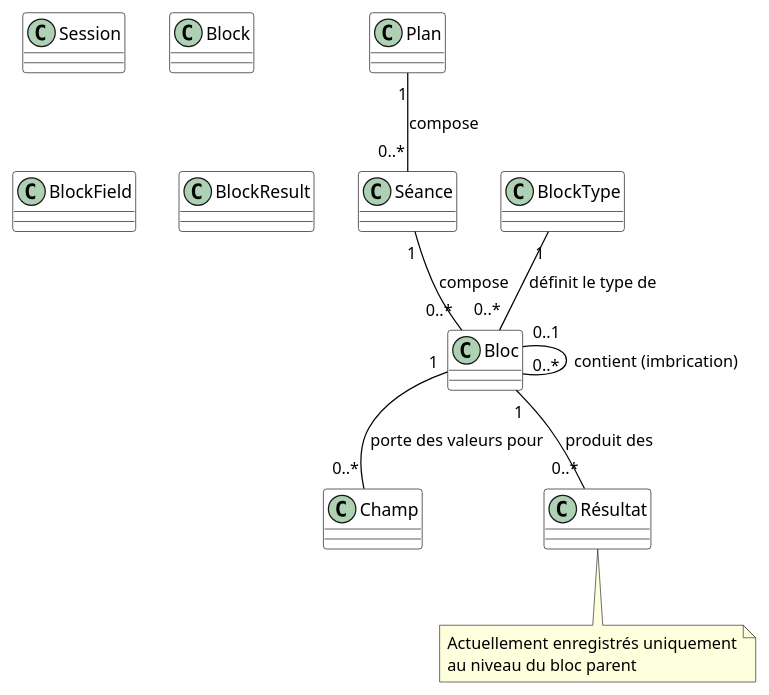
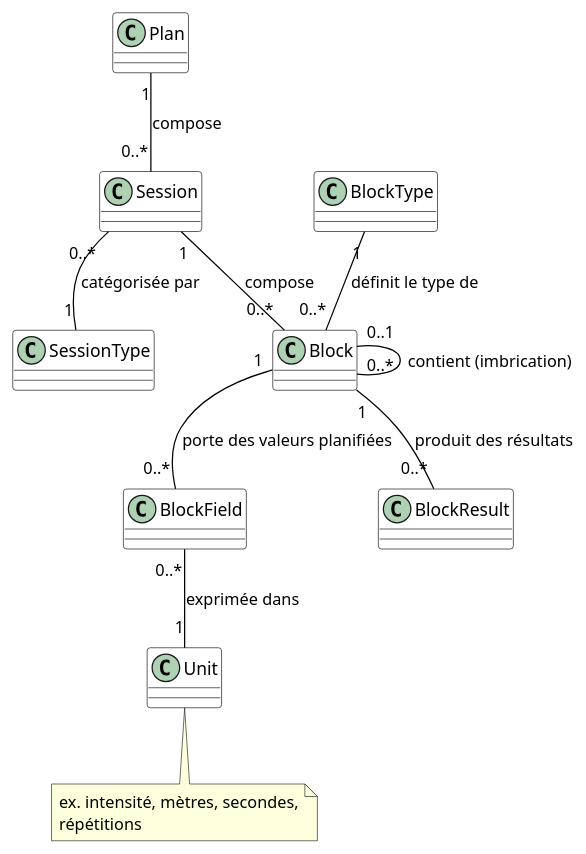
Before and after one commit to 01adrien/cours_epfc: the diagram in 3eme_annee/TFE/03-conception/assets/plan.puml, drawn with PlantUML. The commit also changed 28 other files, not shown here.

```diff
--- a/3eme_annee/TFE/03-conception/assets/plan.puml
+++ b/3eme_annee/TFE/03-conception/assets/plan.puml
@@ -1,27 +1,32 @@
 @startuml
 skinparam backgroundColor white
 skinparam class {
   BackgroundColor white
   BorderColor black
   ArrowColor black
 }
 
 class Plan
 class Session
+class SessionType
 class Block
 class BlockType
 class BlockField
 class BlockResult
+class Unit
 
-Plan "1" -- "0..*" Séance : compose
-Séance "1" -- "0..*" Bloc : compose
-Bloc "0..1" -- "0..*" Bloc : contient (imbrication)
-BlockType "1" -- "0..*" Bloc : définit le type de
-Bloc "1" -- "0..*" Champ : porte des valeurs pour
-Bloc "1" -- "0..*" Résultat : produit des
+Plan "1" -- "0..*" Session : compose
+Session "0..*" -- "1" SessionType : catégorisée par
+Session "1" -- "0..*" Block : compose
+Block "0..1" -- "0..*" Block : contient (imbrication)
+BlockType "1" -- "0..*" Block : définit le type de
+Block "1" -- "0..*" BlockField : porte des valeurs planifiées
+Block "1" -- "0..*" BlockResult : produit des résultats
+BlockField "0..*" -- "1" Unit : exprimée dans
 
-note bottom of Résultat
-  Actuellement enregistrés uniquement
-  au niveau du bloc parent
+note bottom of Unit
+  ex. intensité, mètres, secondes,
+  répétitions
 end note
+
 @enduml
```
